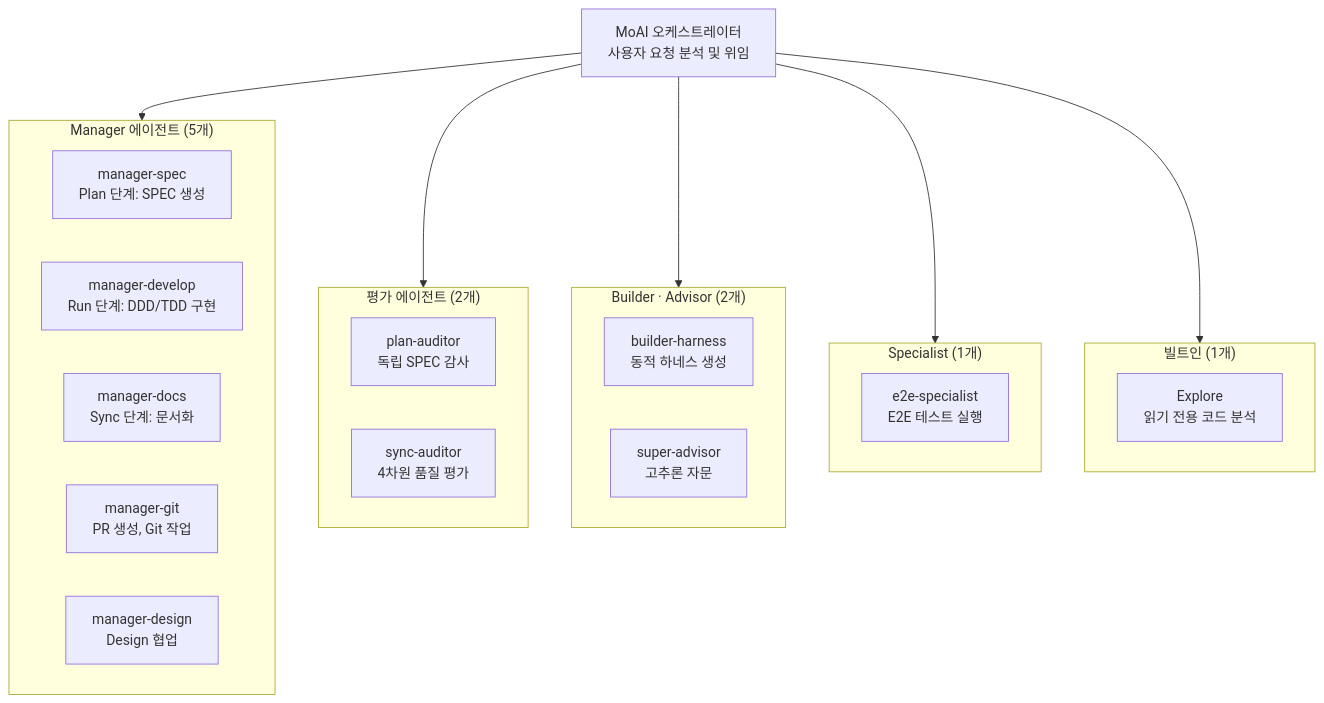
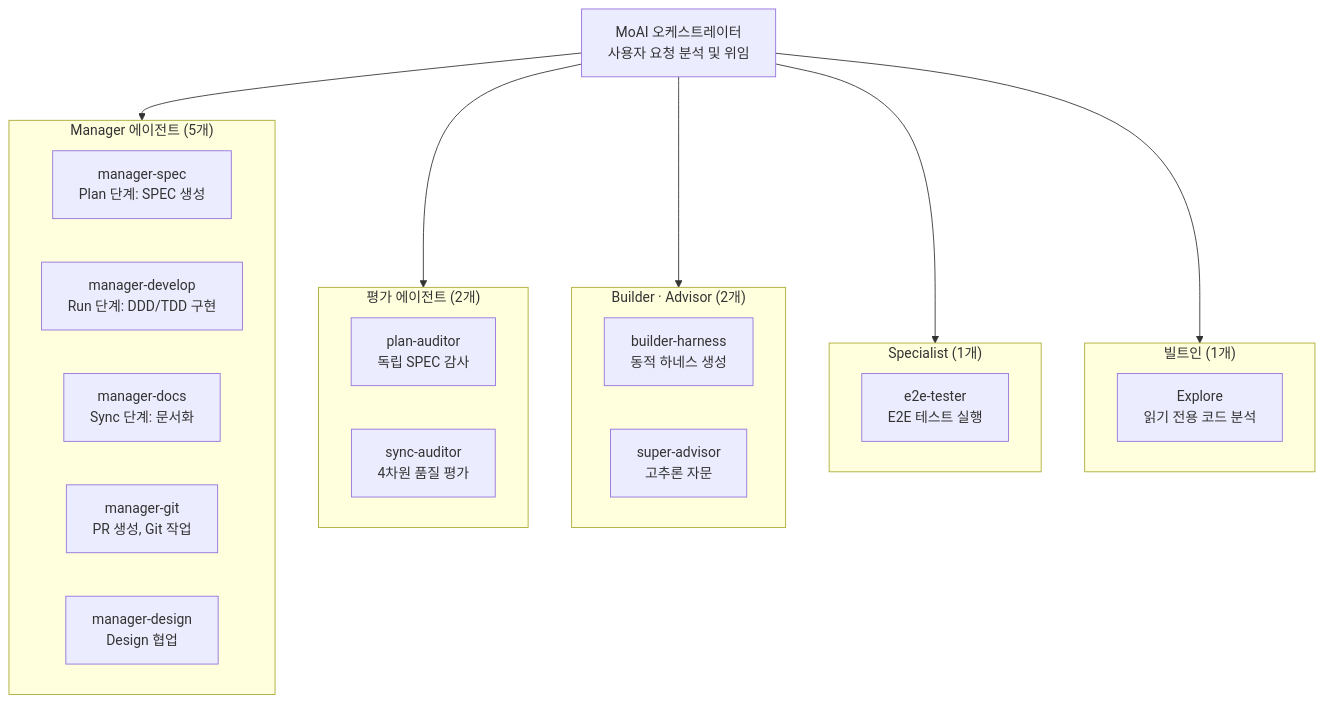
One commit to modu-ai/moai-adk changed the third of 5 diagrams in docs-site/content/ko/core-concepts/what-is-moai-adk.md. Above: the diagram before and after it, drawn with Mermaid. The commit also changed other lines of this file and 72 other files, not shown here.

First line of the commit message:
refactor: rename e2e-specialist agent → e2e-tester

````diff
--- a/docs-site/content/ko/core-concepts/what-is-moai-adk.md
+++ b/docs-site/content/ko/core-concepts/what-is-moai-adk.md
@@ -275,36 +275,36 @@
 ```mermaid
 flowchart TD
     MoAI["MoAI 오케스트레이터\n사용자 요청 분석 및 위임"]
 
     subgraph Managers["Manager 에이전트 (5개)"]
         M1["manager-spec\nPlan 단계: SPEC 생성"]
         M2["manager-develop\nRun 단계: DDD/TDD 구현"]
         M3["manager-docs\nSync 단계: 문서화"]
         M4["manager-git\nPR 생성, Git 작업"]
         M5["manager-design\nDesign 협업"]
     end
 
     subgraph Evaluators["평가 에이전트 (2개)"]
         E1["plan-auditor\n독립 SPEC 감사"]
         E2["sync-auditor\n4차원 품질 평가"]
     end
 
     subgraph BuilderAdvisor["Builder · Advisor (2개)"]
         B1["builder-harness\n동적 하네스 생성"]
         B2["super-advisor\n고추론 자문"]
     end
 
     subgraph Specialist["Specialist (1개)"]
-        S1["e2e-specialist\nE2E 테스트 실행"]
+        S1["e2e-tester\nE2E 테스트 실행"]
     end
 
     subgraph Explore["빌트인 (1개)"]
         X1["Explore\n읽기 전용 코드 분석"]
     end
 
     MoAI --> Managers
     MoAI --> Evaluators
     MoAI --> BuilderAdvisor
     MoAI --> Specialist
     MoAI --> Explore
 ```
````
